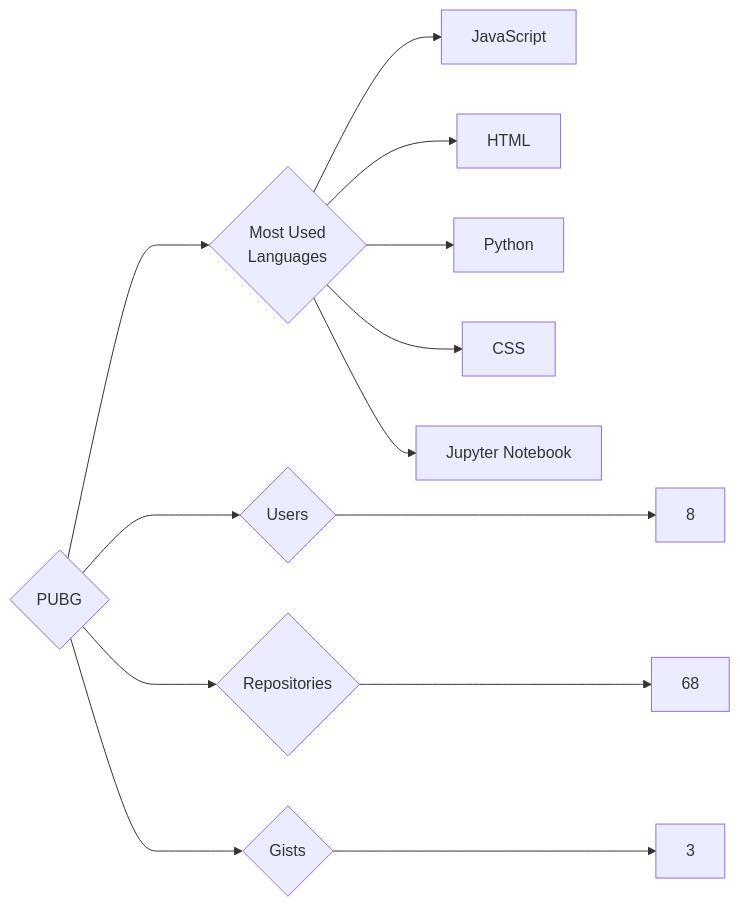
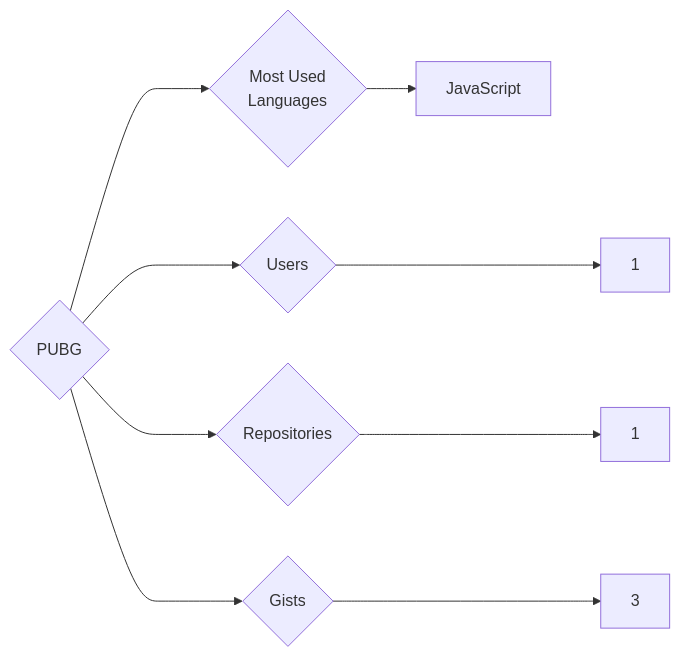
Before and after one commit to trickest/insiders: the diagram in targets/PUBG/README.md, drawn with Mermaid. The commit also changed 839 other files, not shown here.

````diff
--- a/targets/PUBG/README.md
+++ b/targets/PUBG/README.md
@@ -3,13 +3,9 @@
 ```mermaid
 graph LR
 COMPANY_NAME{PUBG}
-COMPANY_NAME ---> U{Users} ---> UN[8]
-COMPANY_NAME ---> R{Repositories} ---> RN[68]
+COMPANY_NAME ---> U{Users} ---> UN[1]
+COMPANY_NAME ---> R{Repositories} ---> RN[1]
 COMPANY_NAME ---> G{Gists} ---> GN[3]
 COMPANY_NAME ---> ML{Most Used<br>Languages}
 ML --> JavaScript[JavaScript]
-ML --> HTML[HTML]
-ML --> Python[Python]
-ML --> CSS[CSS]
-ML --> Jupyter_Notebook[Jupyter Notebook]
 ```
````
